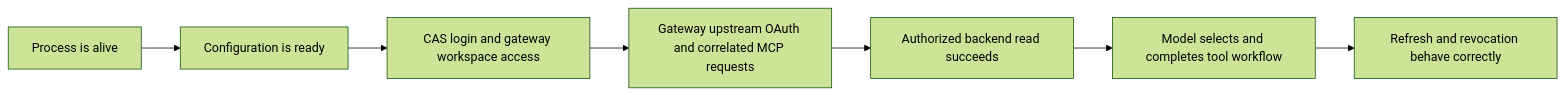
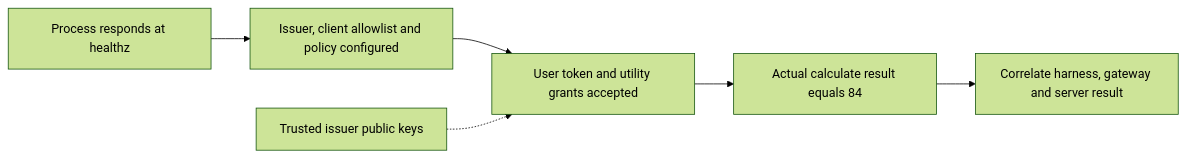
One commit to cdot65/prisma-airs-reference-architecture changed the second of 2 diagrams in docs/operations.md. Above: the diagram before and after it, drawn with Mermaid (forest theme). The commit also changed other lines of this file and 20 other files, not shown here.

````diff
--- a/docs/operations.md
+++ b/docs/operations.md
@@ -43,11 +33,10 @@
 ```mermaid
 flowchart LR
-    accTitle: Layers of acceptance evidence
-    accDescr: Process health is followed by configuration readiness, OAuth resource access, authorized backend reads, model-selected tool workflows, and lifecycle checks.
-    process["Process is alive"] --> config["Configuration is ready"]
-    config --> oauth["CAS login and gateway workspace access"]
-    oauth --> upstream["Gateway upstream OAuth and correlated MCP requests"]
-    upstream --> tool["Authorized backend read succeeds"]
-    tool --> agent["Model selects and completes tool workflow"]
-    agent --> lifecycle["Refresh and revocation behave correctly"]
+    accTitle: Operational checks for the local utility server
+    accDescr: Process health, configured readiness, authorization and a completed utility call are separate observations. The server may obtain public signing keys from Keycloak; execution of its utilities stays inside the server.
+    process["Process responds at healthz"] --> config["Issuer, client allowlist and policy configured"]
+    config --> auth["User token and utility grants accepted"]
+    auth --> tool["Actual calculate result equals 84"]
+    idp["Trusted issuer public keys"] -.-> auth
+    tool --> evidence["Correlate harness, gateway and server result"]
 ```
````
